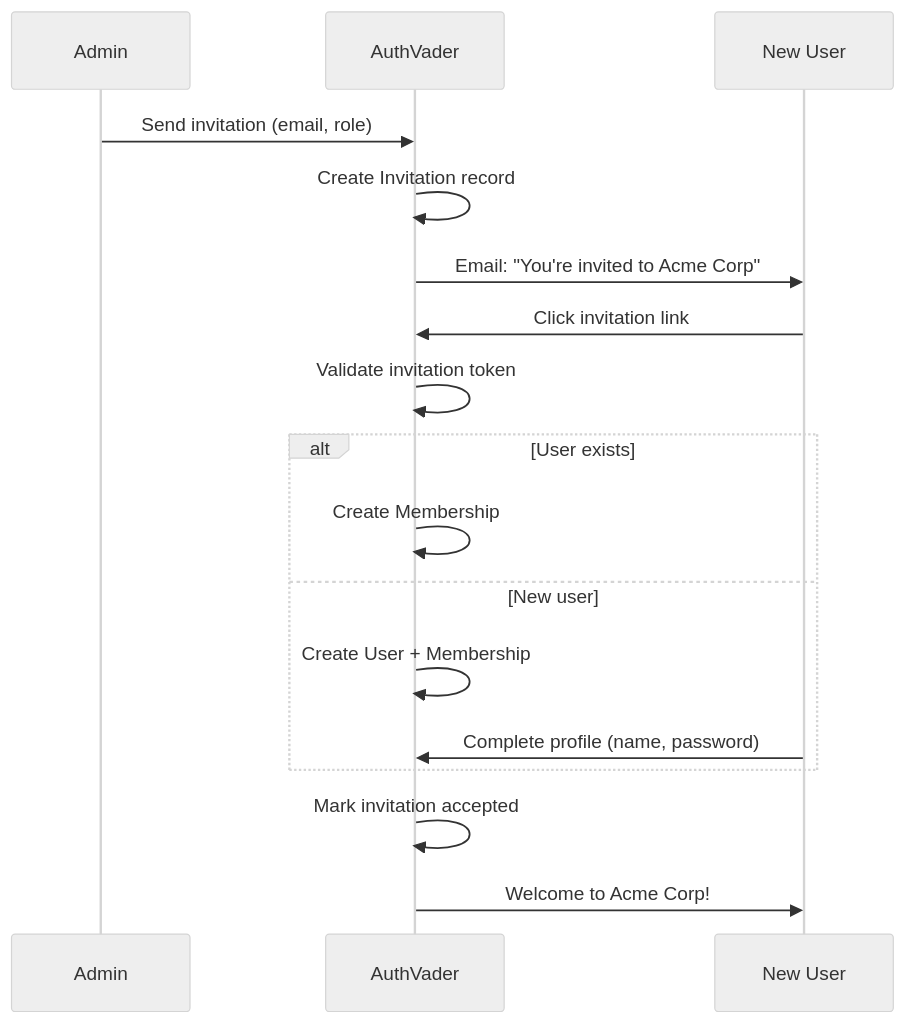
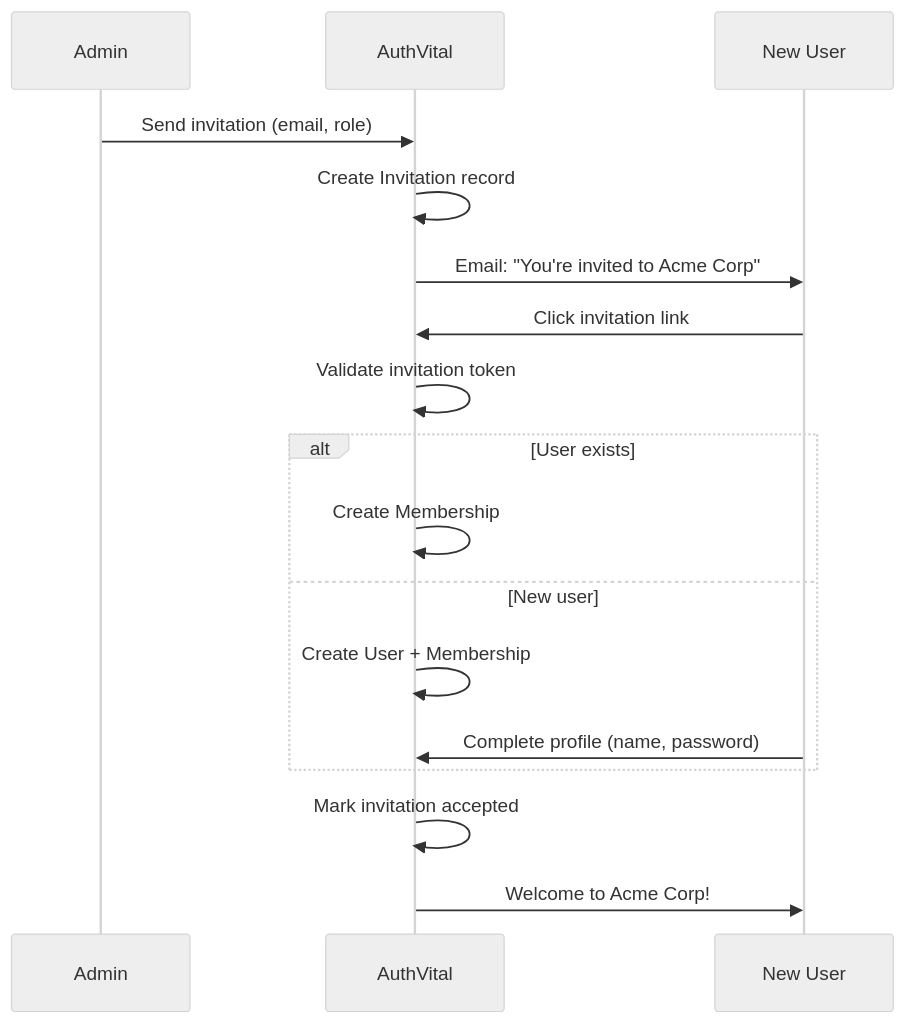
One commit to fed-stew/authvital changed the third of 4 diagrams in docs/concepts/multi-tenancy.md. Above: the diagram before and after it, drawn with Mermaid (neutral theme). The commit also changed other lines of this file and 123 other files, not shown here.

````diff
--- a/docs/concepts/multi-tenancy.md
+++ b/docs/concepts/multi-tenancy.md
@@ -183,23 +183,23 @@
 ```mermaid
 sequenceDiagram
     participant Admin
-    participant A as AuthVader
+    participant A as AuthVital
     participant U as New User
 
     Admin->>A: Send invitation (email, role)
     A->>A: Create Invitation record
     A->>U: Email: "You're invited to Acme Corp"
     
     U->>A: Click invitation link
     A->>A: Validate invitation token
     
     alt User exists
         A->>A: Create Membership
     else New user
         A->>A: Create User + Membership
         U->>A: Complete profile (name, password)
     end
     
     A->>A: Mark invitation accepted
     A->>U: Welcome to Acme Corp!
 ```
````
